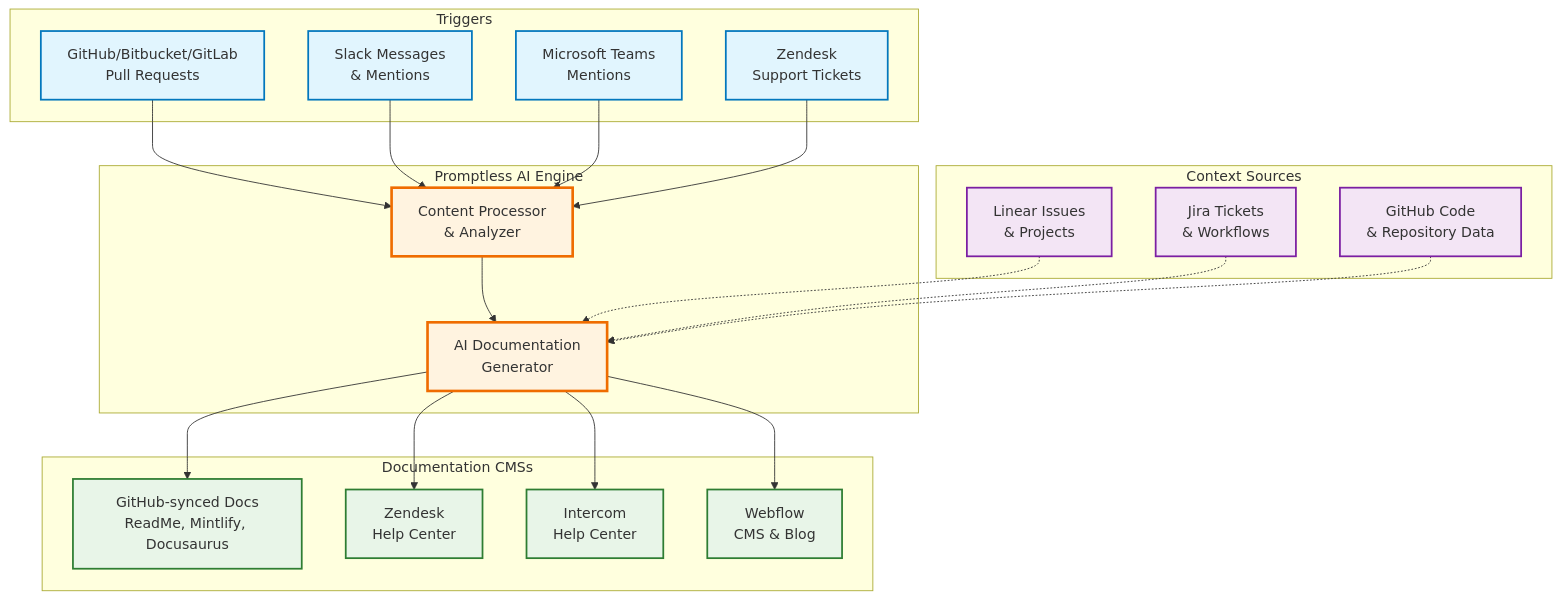
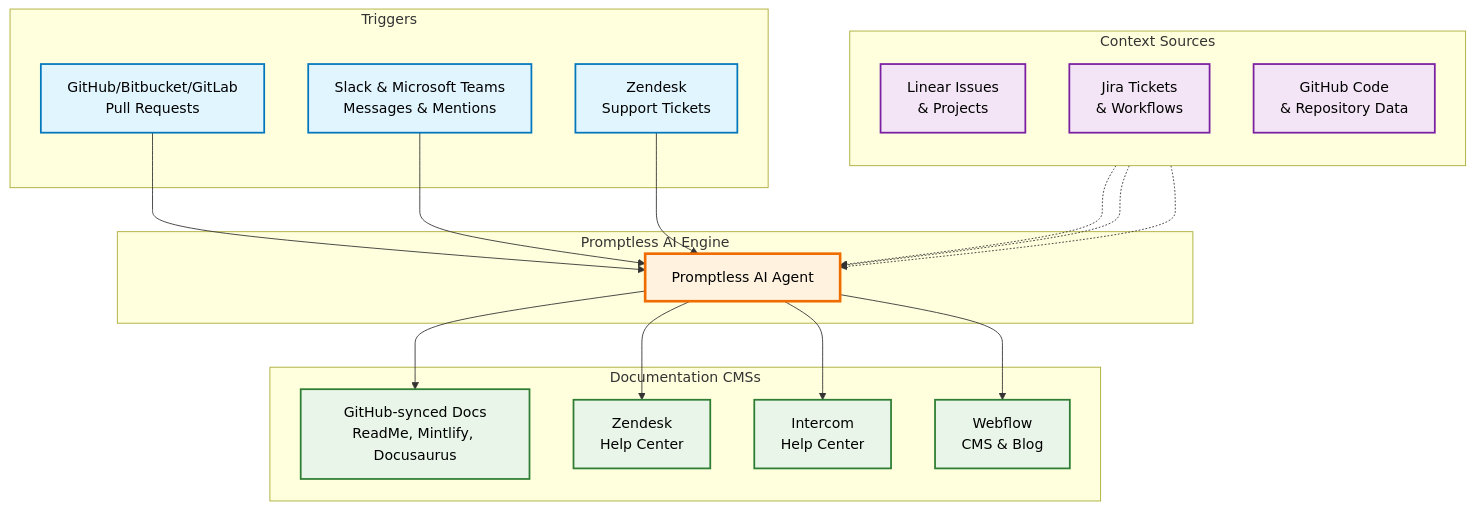
The diagram in fern/docs/core-concepts/index.mdx (Promptless/docs), drawn with Mermaid before and after one commit.

Commit message:
Update documentation based on feedback

````diff
--- a/fern/docs/core-concepts/index.mdx
+++ b/fern/docs/core-concepts/index.mdx
@@ -9,59 +9,55 @@
 ```mermaid
 graph TB
     %% Triggers Section
     subgraph "Triggers"
         T1[GitHub/Bitbucket/GitLab<br/>Pull Requests]
-        T2[Slack Messages<br/>& Mentions]
-        T3[Microsoft Teams<br/>Mentions]
-        T4[Zendesk<br/>Support Tickets]
+        T2[Slack & Microsoft Teams<br/>Messages & Mentions]
+        T3[Zendesk<br/>Support Tickets]
     end
 
-    %% Context Sources Section  
+    %% Context Sources Section (vertical layout)
     subgraph "Context Sources"
+        direction TB
         C1[Linear Issues<br/>& Projects]
         C2[Jira Tickets<br/>& Workflows]
         C3[GitHub Code<br/>& Repository Data]
     end
 
     %% Promptless Core
     subgraph "Promptless AI Engine"
-        AI[AI Documentation<br/>Generator]
-        PROC[Content Processor<br/>& Analyzer]
+        AI[Promptless AI Agent]
     end
 
     %% Documentation CMSs
     subgraph "Documentation CMSs"
         D1[GitHub-synced Docs<br/>ReadMe, Mintlify, Docusaurus]
         D2[Zendesk<br/>Help Center]
         D3[Intercom<br/>Help Center]
         D4[Webflow<br/>CMS & Blog]
     end
 
     %% Connections
-    T1 --> PROC
-    T2 --> PROC
-    T3 --> PROC
-    T4 --> PROC
-
-    PROC --> AI
+    T1 --> AI
+    T2 --> AI
+    T3 --> AI
     
     C1 -.-> AI
     C2 -.-> AI
     C3 -.-> AI
 
     AI --> D1
     AI --> D2
     AI --> D3
     AI --> D4
 
     %% Styling
-    classDef triggerStyle fill:#e1f5fe,stroke:#0277bd,stroke-width:2px
-    classDef contextStyle fill:#f3e5f5,stroke:#7b1fa2,stroke-width:2px
-    classDef coreStyle fill:#fff3e0,stroke:#ef6c00,stroke-width:3px
-    classDef cmsStyle fill:#e8f5e8,stroke:#2e7d32,stroke-width:2px
+    classDef triggerStyle fill:#e1f5fe,stroke:#0277bd,stroke-width:2px,color:#000000
+    classDef contextStyle fill:#f3e5f5,stroke:#7b1fa2,stroke-width:2px,color:#000000
+    classDef coreStyle fill:#fff3e0,stroke:#ef6c00,stroke-width:3px,color:#000000
+    classDef cmsStyle fill:#e8f5e8,stroke:#2e7d32,stroke-width:2px,color:#000000
 
-    class T1,T2,T3,T4 triggerStyle
+    class T1,T2,T3 triggerStyle
     class C1,C2,C3 contextStyle
-    class AI,PROC coreStyle
+    class AI coreStyle
     class D1,D2,D3,D4 cmsStyle
 ```
````
